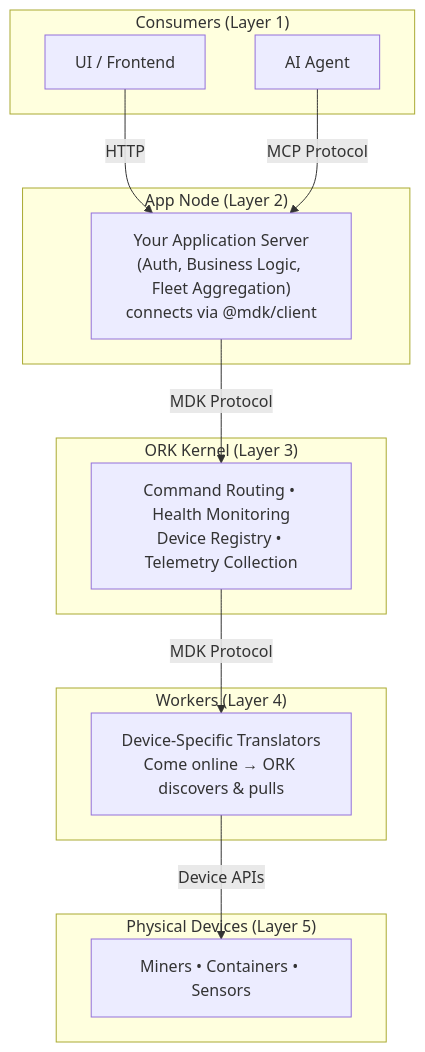
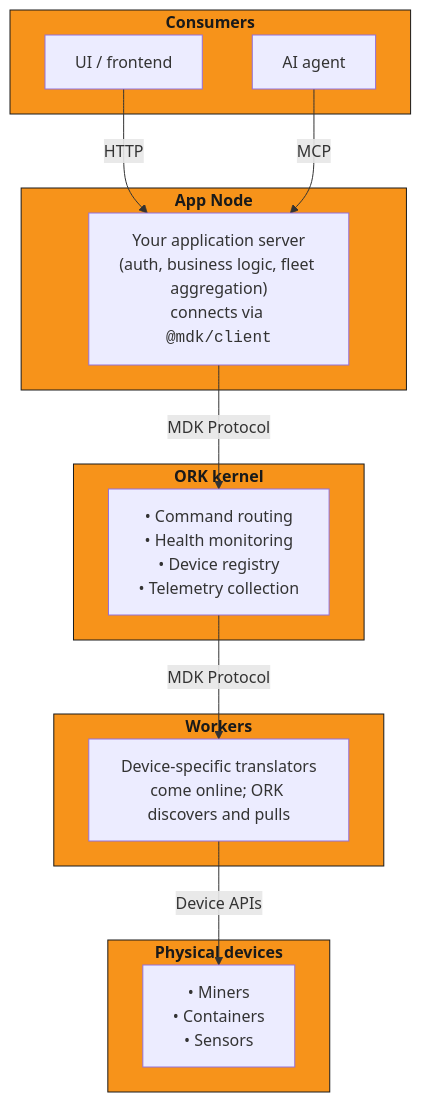
One commit to Gio-Galt/mdk-be changed the diagram in docs/about.md. Above: the diagram before and after it, drawn with Mermaid. The commit also changed other lines of this file, not shown here.

````diff
--- a/docs/about.md
+++ b/docs/about.md
@@ -50,29 +78,35 @@
 ```mermaid
 graph TB
-    subgraph L1["Consumers (Layer 1)"]
-        UI["UI / Frontend"]
-        AI["AI Agent"]
+    subgraph consumers ["<b>Consumers</b>"]
+        UI["UI / frontend"]
+        AI["AI agent"]
     end
 
-    subgraph L2["App Node (Layer 2)"]
-        APP["Your Application Server<br/>(Auth, Business Logic, Fleet Aggregation)<br/>connects via @mdk/client"]
+    subgraph appNode ["<b>App Node</b>"]
+        APP["Your application server<br/>(auth, business logic, fleet aggregation)<br/>connects via <code>@mdk/client</code>"]
     end
 
-    subgraph L3["ORK Kernel (Layer 3)"]
-        ORK["Command Routing • Health Monitoring<br/>Device Registry • Telemetry Collection"]
+    subgraph orkKernel ["<b>ORK kernel</b>"]
+        ORK["• Command routing<br/>• Health monitoring<br/>• Device registry<br/>• Telemetry collection"]
     end
 
-    subgraph L4["Workers (Layer 4)"]
-        W["Device-Specific Translators<br/>Come online → ORK discovers & pulls"]
+    subgraph workers ["<b>Workers</b>"]
+        W["Device-specific translators<br/>come online; ORK discovers and pulls"]
     end
 
-    subgraph L5["Physical Devices (Layer 5)"]
-        D["Miners • Containers • Sensors"]
+    subgraph devices ["<b>Physical devices</b>"]
+        D["• Miners<br/>• Containers<br/>• Sensors"]
     end
 
-    UI -->|"HTTP"| APP
-    AI -->|"MCP Protocol"| APP
-    APP -->|"MDK Protocol"| ORK
-    ORK -->|"MDK Protocol"| W
-    W -->|"Device APIs"| D
+    UI -->|HTTP| APP
+    AI -->|MCP| APP
+    APP -->|MDK Protocol| ORK
+    ORK -->|MDK Protocol| W
+    W -->|Device APIs| D
+
+    style consumers fill:#F7931A,stroke:#1A1A1A,color:#1A1A1A
+    style appNode fill:#F7931A,stroke:#1A1A1A,color:#1A1A1A
+    style orkKernel fill:#F7931A,stroke:#1A1A1A,color:#1A1A1A
+    style workers fill:#F7931A,stroke:#1A1A1A,color:#1A1A1A
+    style devices fill:#F7931A,stroke:#1A1A1A,color:#1A1A1A
 ```
````
